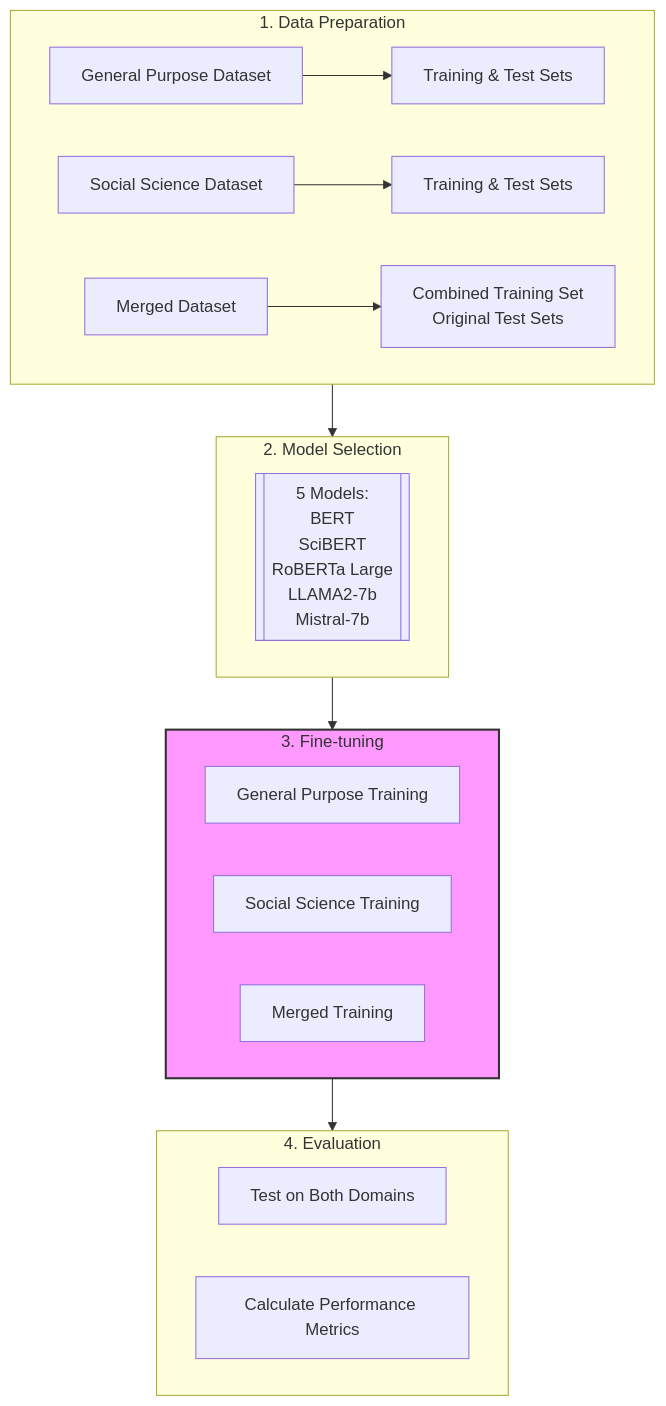
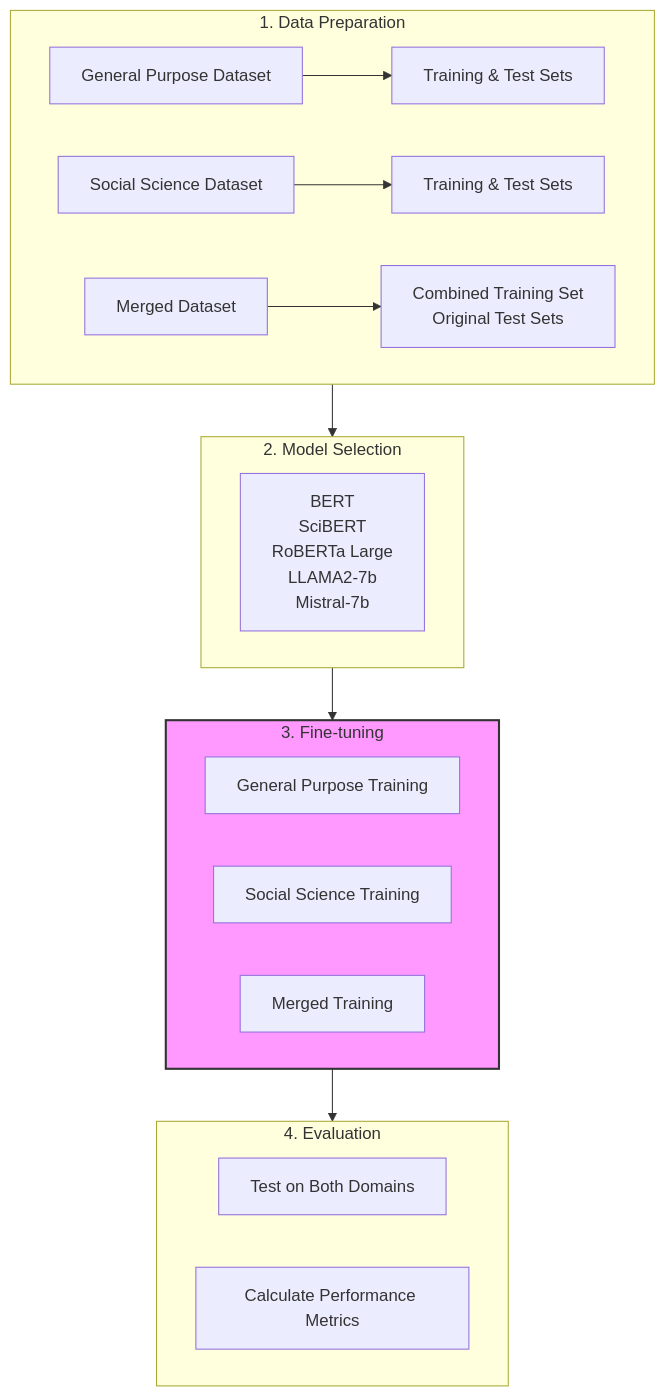
The diagram in README.md (rasoulnorouzi/cessc), drawn with Mermaid before and after one commit.

````diff
--- a/README.md
+++ b/README.md
@@ -37,35 +37,30 @@
 ```mermaid
 flowchart TD
     subgraph Data["1. Data Preparation"]
         A1[General Purpose Dataset] --> C1[Training & Test Sets]
         A2[Social Science Dataset] --> C2[Training & Test Sets]
-        A3[Merged Dataset] --> C3[Combined Training Set<br>Original Test Sets]
+        A3[Merged Dataset] --> C3[Combined Training Set<br/>Original Test Sets]
     end
 
     subgraph Models["2. Model Selection"]
-        M1[["5 Models:
-        BERT
-        SciBERT
-        RoBERTa Large
-        LLAMA2-7b
-        Mistral-7b"]]
+        M1["BERT<br/>SciBERT<br/>RoBERTa Large<br/>LLAMA2-7b<br/>Mistral-7b"]
     end
 
     subgraph Training["3. Fine-tuning"]
         T1[General Purpose Training]
         T2[Social Science Training]
         T3[Merged Training]
     end
 
     subgraph Eval["4. Evaluation"]
         E1[Test on Both Domains]
         E2[Calculate Performance Metrics]
     end
 
     Data --> Models
     Models --> Training
     Training --> Eval
 
     classDef highlight fill:#f9f,stroke:#333,stroke-width:2px
     class Training highlight
 ```
````
